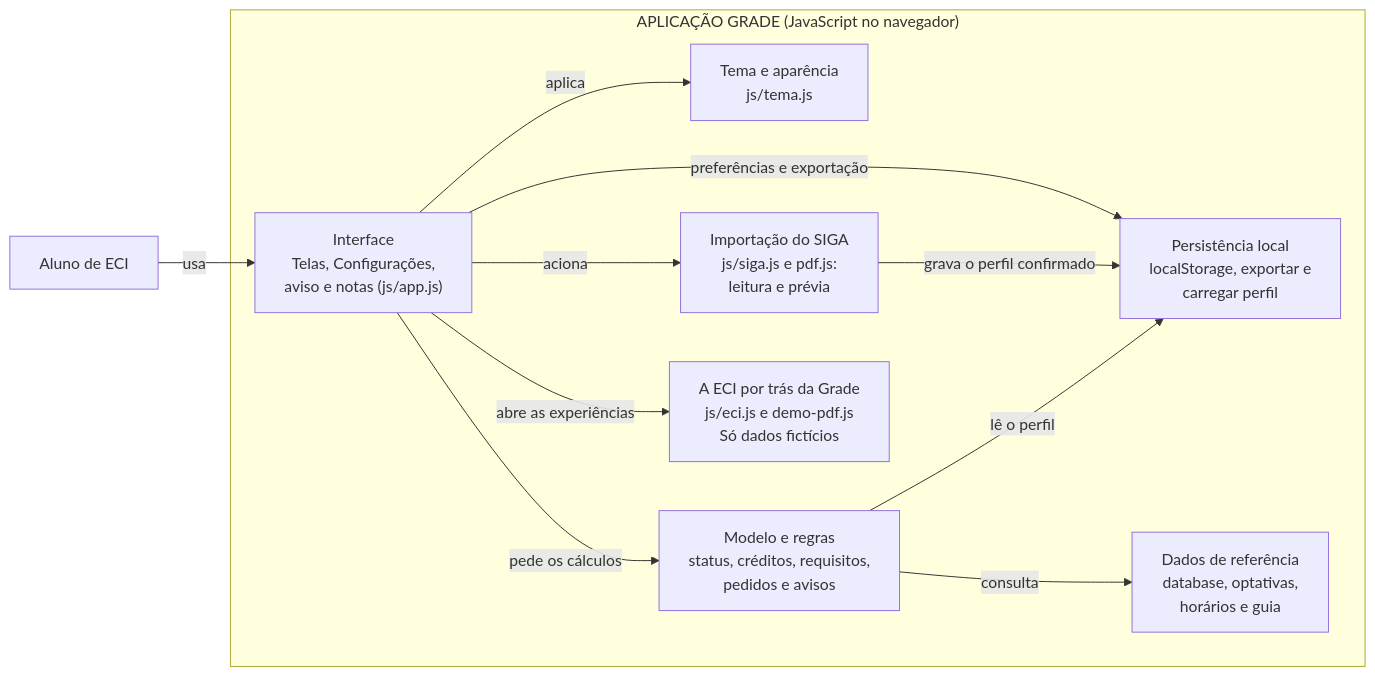
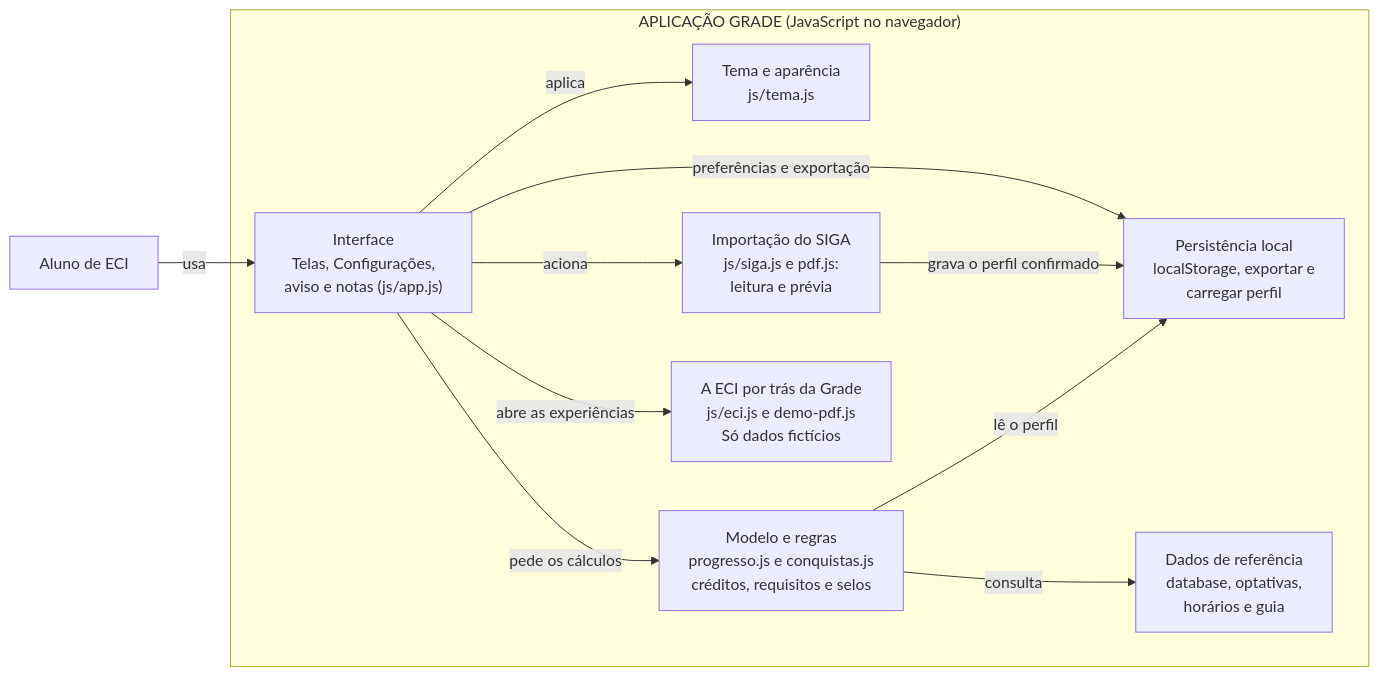
One commit to JoaoAndrade01/grade changed the third of 7 diagrams in docs/ARQUITETURA.md. Above: the diagram before and after it, drawn with Mermaid. The commit also changed other lines of this file and 4 other files, not shown here.

First line of the commit message:
docs: arquitetura e design com js/progresso.js, js/conquistas.js, Foco, Aparência e Destaque

````diff
--- a/docs/ARQUITETURA.md
+++ b/docs/ARQUITETURA.md
@@ -84,22 +84,22 @@
 ```mermaid
 flowchart LR
   subgraph G0["APLICAÇÃO GRADE (JavaScript no navegador)"]
     interface["Interface<br/>Telas, Configurações,<br/>aviso e notas (js/app.js)"]
     tema["Tema e aparência<br/>js/tema.js"]
     importacao["Importação do SIGA<br/>js/siga.js e pdf.js:<br/>leitura e prévia"]
-    modelo["Modelo e regras<br/>status, créditos, requisitos,<br/>pedidos e avisos"]
+    modelo["Modelo e regras<br/>progresso.js e conquistas.js<br/>créditos, requisitos e selos"]
     eci["A ECI por trás da Grade<br/>js/eci.js e demo-pdf.js<br/>Só dados fictícios"]
     persist["Persistência local<br/>localStorage, exportar e<br/>carregar perfil"]
     dados["Dados de referência<br/>database, optativas,<br/>horários e guia"]
   end
   aluno["Aluno de ECI"]
   aluno -->|"usa"| interface
   interface -->|"aplica"| tema
   interface -->|"aciona"| importacao
   interface -->|"pede os cálculos"| modelo
   interface -->|"abre as experiências"| eci
   interface -->|"preferências e exportação"| persist
   importacao -->|"grava o perfil confirmado"| persist
   modelo -->|"lê o perfil"| persist
   modelo -->|"consulta"| dados
 ```
````
